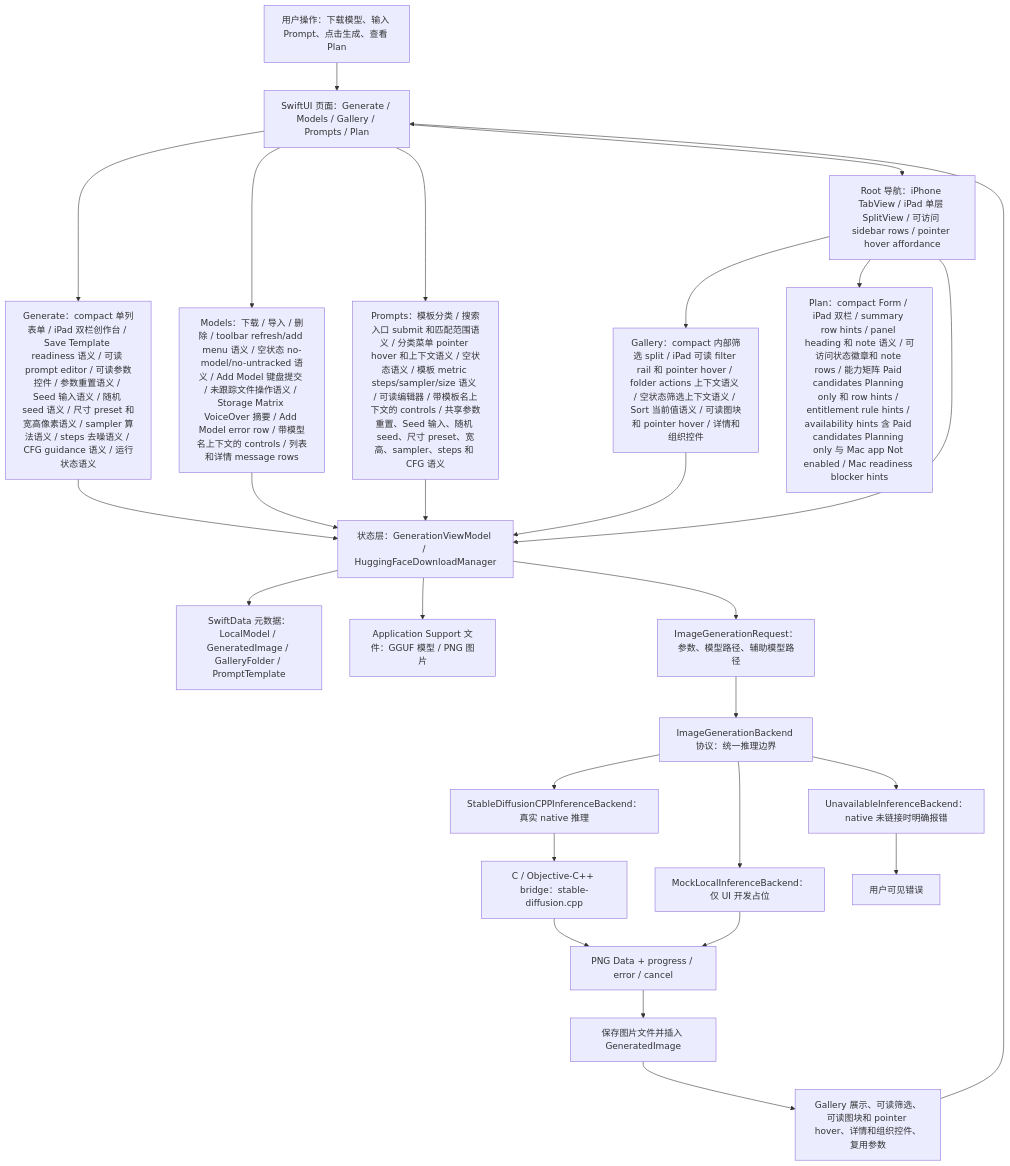
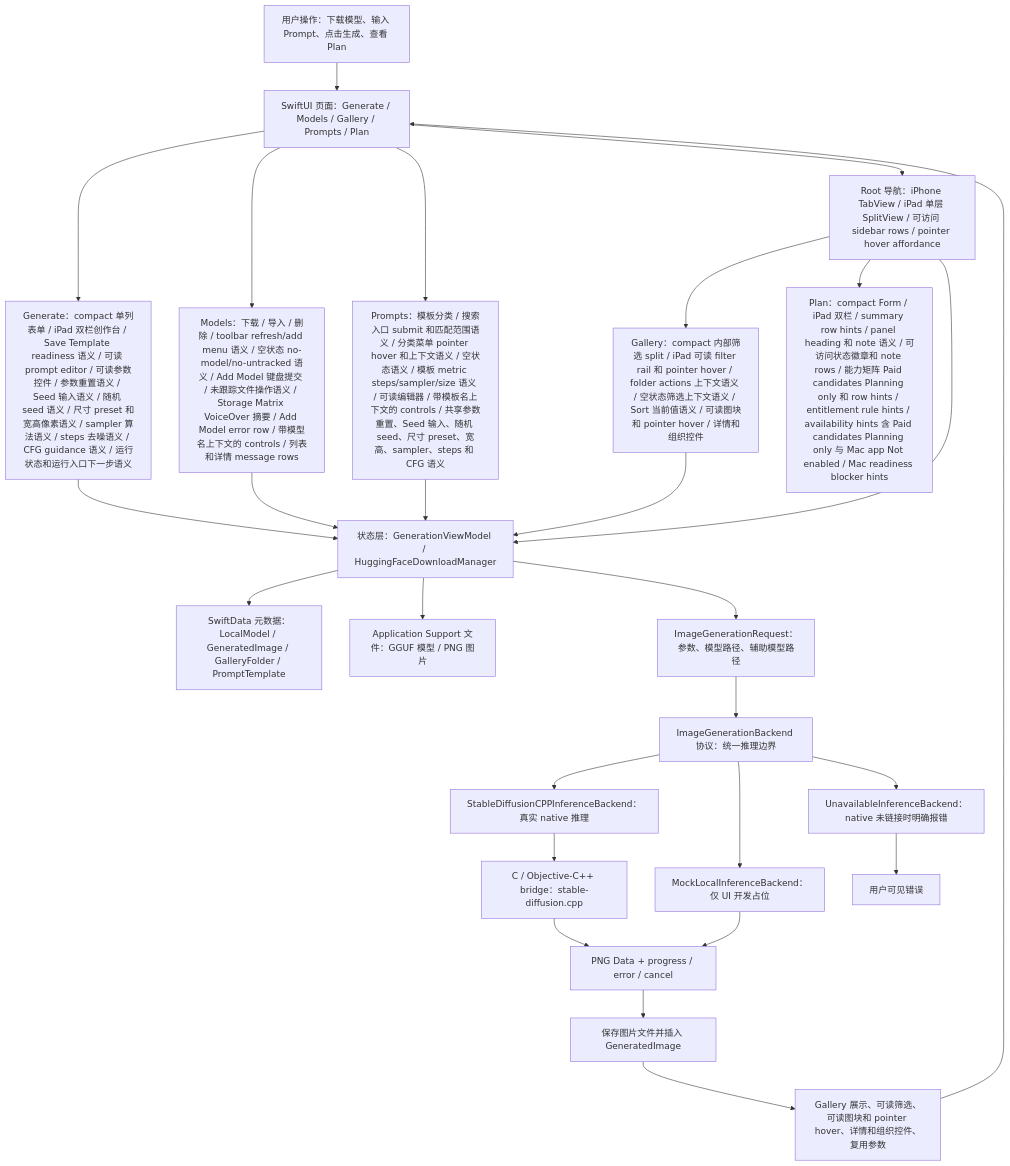
Before and after one commit to Altman-sam114/118: the first of 7 diagrams in md/flow/flowchart.md, drawn with Mermaid. The commit also changed 5 other files, not shown here.

````diff
--- a/md/flow/flowchart.md
+++ b/md/flow/flowchart.md
@@ -9,29 +9,29 @@
 ```mermaid
 flowchart TD
   U["用户操作：下载模型、输入 Prompt、点击生成、查看 Plan"] --> UI["SwiftUI 页面：Generate / Models / Gallery / Prompts / Plan"]
-  UI --> GENUI["Generate：compact 单列表单 / iPad 双栏创作台 / Save Template readiness 语义 / 可读 prompt editor / 可读参数控件 / 参数重置语义 / Seed 输入语义 / 随机 seed 语义 / 尺寸 preset 和宽高像素语义 / sampler 算法语义 / steps 去噪语义 / CFG guidance 语义 / 运行状态语义"]
+  UI --> GENUI["Generate：compact 单列表单 / iPad 双栏创作台 / Save Template readiness 语义 / 可读 prompt editor / 可读参数控件 / 参数重置语义 / Seed 输入语义 / 随机 seed 语义 / 尺寸 preset 和宽高像素语义 / sampler 算法语义 / steps 去噪语义 / CFG guidance 语义 / 运行状态和运行入口下一步语义"]
   UI --> MODELUI["Models：下载 / 导入 / 删除 / toolbar refresh/add menu 语义 / 空状态 no-model/no-untracked 语义 / Add Model 键盘提交 / 未跟踪文件操作语义 / Storage Matrix VoiceOver 摘要 / Add Model error row / 带模型名上下文的 controls / 列表和详情 message rows"]
   UI --> PROMPTUI["Prompts：模板分类 / 搜索入口 submit 和匹配范围语义 / 分类菜单 pointer hover 和上下文语义 / 空状态语义 / 模板 metric steps/sampler/size 语义 / 可读编辑器 / 带模板名上下文的 controls / 共享参数重置、Seed 输入、随机 seed、尺寸 preset、宽高、sampler、steps 和 CFG 语义"]
   UI --> NAV["Root 导航：iPhone TabView / iPad 单层 SplitView / 可访问 sidebar rows / pointer hover affordance"]
   NAV --> GALUI["Gallery：compact 内部筛选 split / iPad 可读 filter rail 和 pointer hover / folder actions 上下文语义 / 空状态筛选上下文语义 / Sort 当前值语义 / 可读图块和 pointer hover / 详情和组织控件"]
   NAV --> PLANUI["Plan：compact Form / iPad 双栏 / summary row hints / panel heading 和 note 语义 / 可访问状态徽章和 note rows / 能力矩阵 Paid candidates Planning only 和 row hints / entitlement rule hints / availability hints 含 Paid candidates Planning only 与 Mac app Not enabled / Mac readiness blocker hints"]
   NAV --> VM["状态层：GenerationViewModel / HuggingFaceDownloadManager"]
   GENUI --> VM
   MODELUI --> VM
   PROMPTUI --> VM
   GALUI --> VM
   VM --> SD["SwiftData 元数据：LocalModel / GeneratedImage / GalleryFolder / PromptTemplate"]
   VM --> FS["Application Support 文件：GGUF 模型 / PNG 图片"]
   VM --> REQ["ImageGenerationRequest：参数、模型路径、辅助模型路径"]
   REQ --> IFACE["ImageGenerationBackend 协议：统一推理边界"]
   IFACE --> NATIVE["StableDiffusionCPPInferenceBackend：真实 native 推理"]
   IFACE --> MOCK["MockLocalInferenceBackend：仅 UI 开发占位"]
   IFACE --> OFF["UnavailableInferenceBackend：native 未链接时明确报错"]
   NATIVE --> BRIDGE["C / Objective-C++ bridge：stable-diffusion.cpp"]
   BRIDGE --> PNG["PNG Data + progress / error / cancel"]
   MOCK --> PNG
   OFF --> ERR["用户可见错误"]
   PNG --> SAVE["保存图片文件并插入 GeneratedImage"]
   SAVE --> GALLERY["Gallery 展示、可读筛选、可读图块和 pointer hover、详情和组织控件、复用参数"]
   GALLERY --> UI
 ```
````
